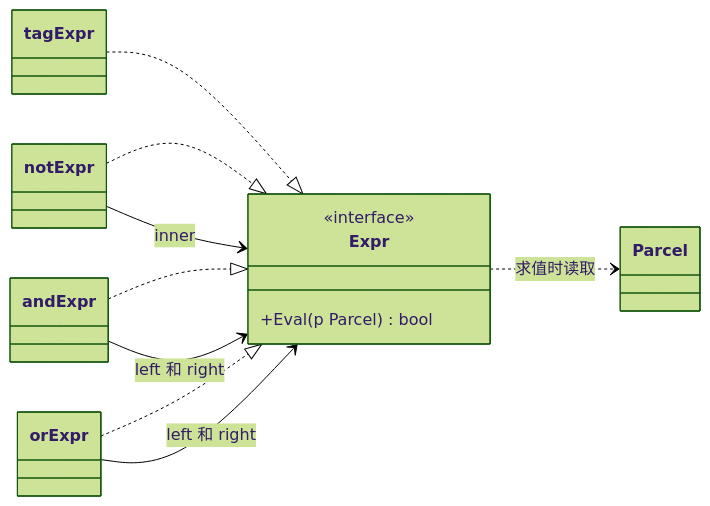
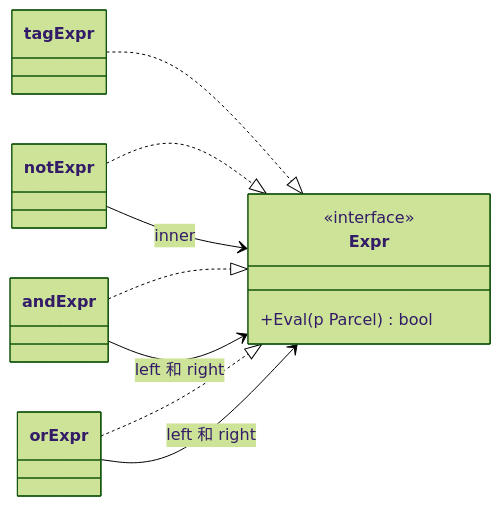
The second of 2 diagrams in docs/behavioral/interpreter/problem.md (caticat/design-pattern), drawn with Mermaid (forest theme) before and after one commit. The commit also changed other lines of this file and 11 other files, not shown here.

````diff
--- a/docs/behavioral/interpreter/problem.md
+++ b/docs/behavioral/interpreter/problem.md
@@ -23,21 +40,15 @@
 ```mermaid
 classDiagram
     direction LR
     class Expr {
         <<interface>>
         +Eval(p Parcel) bool
     }
-    class Parcel
-    class tagExpr
-    class notExpr
-    class andExpr
-    class orExpr
     tagExpr ..|> Expr
     notExpr ..|> Expr
     andExpr ..|> Expr
     orExpr ..|> Expr
-    Expr ..> Parcel : 求值时读取
     notExpr --> Expr : inner
     andExpr --> Expr : left 和 right
     orExpr --> Expr : left 和 right
 ```
````
